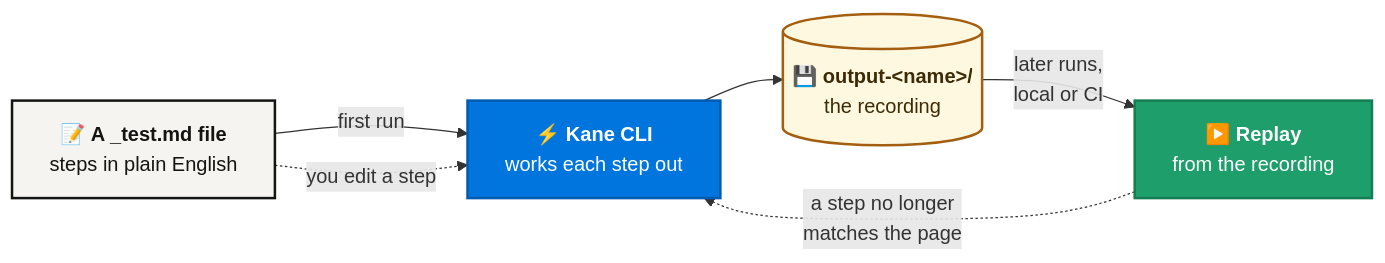
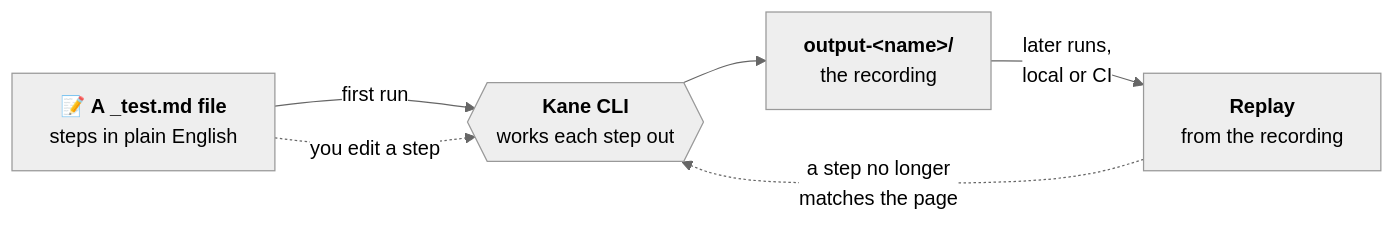
One commit to anubhavsinghmaar/readme-check changed the second of 2 diagrams in README.md. Above: the diagram before and after it, drawn with Mermaid. The commit also changed other lines of this file and 3 other files, not shown here.

Commit message:
Draft 5: star section moved up (after What is Kane CLI, like TestSprite), black-and-white How it works flowchart for every user, new tagline

````diff
--- a/README.md
+++ b/README.md
@@ -363,16 +346,9 @@
 ```mermaid
+%%{init: {'theme': 'neutral'}}%%
 flowchart LR
-    T["📝 <b>A _test.md file</b><br/>steps in plain English"] -->|"first run"| W["⚡ <b>Kane CLI</b><br/>works each step out"]
-    W --> R[("💾 <b>output-&lt;name&gt;/</b><br/>the recording")]
-    R -->|"later runs,<br/>local or CI"| P["▶️ <b>Replay</b><br/>from the recording"]
+    T["📝 <b>A _test.md file</b><br/>steps in plain English"] -->|"first run"| W{{"<b>Kane CLI</b><br/>works each step out"}}
+    W --> R["<b>output-&lt;name&gt;/</b><br/>the recording"]
+    R -->|"later runs,<br/>local or CI"| P["<b>Replay</b><br/>from the recording"]
     P -.->|"a step no longer<br/>matches the page"| W
     T -.->|"you edit a step"| W
-    classDef file fill:#F5F4F0,stroke:#141413,stroke-width:2px,color:#141413
-    classDef kane fill:#0075DE,stroke:#005BB0,stroke-width:2px,color:#FFFFFF
-    classDef rec fill:#FFF8E1,stroke:#A45E10,stroke-width:2px,color:#3D2A06
-    classDef play fill:#1E9E6A,stroke:#147D52,stroke-width:2px,color:#FFFFFF
-    class T file
-    class W kane
-    class R rec
-    class P play
 ```
````
